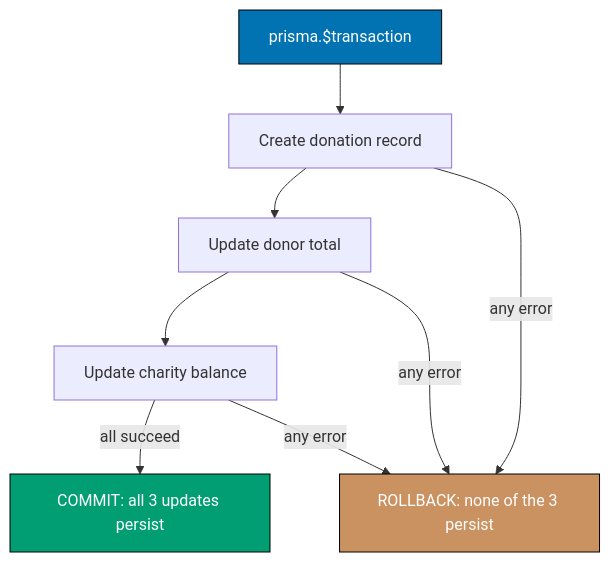
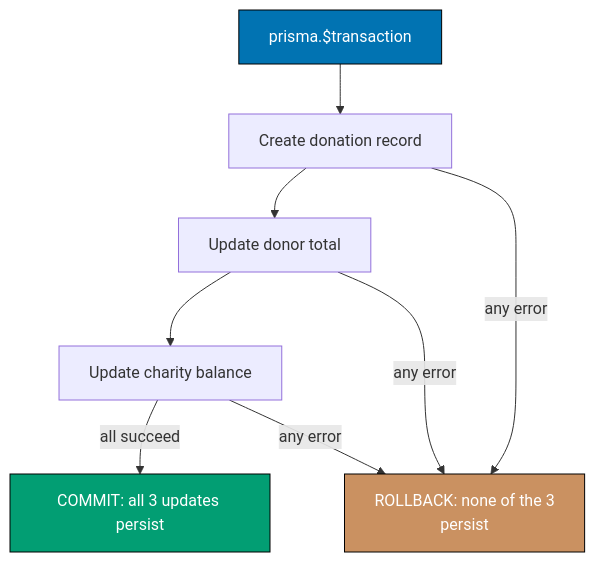
Diagram 12 of 12 in apps/ayokoding-web/content/en/learn/software-engineering/platforms/web/tools/fe-nextjs/by-example/advanced.md (wahidyankf/baseerah), drawn with Mermaid before and after one commit. The commit also changed other lines of this file and 17 other files, not shown here.

First line of the commit message:
fix(ci): scope pre-push mermaid check to governance + docs dirs

````diff
--- a/apps/ayokoding-web/content/en/learn/software-engineering/platforms/web/tools/fe-nextjs/by-example/advanced.md
+++ b/apps/ayokoding-web/content/en/learn/software-engineering/platforms/web/tools/fe-nextjs/by-example/advanced.md
@@ -2644,15 +2644,15 @@
 ```mermaid
 %% Color Palette: Blue #0173B2, Orange #DE8F05, Teal #029E73, Purple #CC78BC, Brown #CA9161
 graph TD
   A[prisma.$transaction] --> B[Create donation record]
   B --> C[Update donor total]
   C --> D[Update charity balance]
   D -->|all succeed| E[COMMIT: all 3 updates persist]
-  B -->|any error| F[ROLLBACK: none of the 3 persist]
+  B -->|any error| F[ROLLBACK: none of the 3<br/>persist]
   C -->|any error| F
   D -->|any error| F
 
   style A fill:#0173B2,stroke:#000,color:#fff
   style E fill:#029E73,stroke:#000,color:#fff
   style F fill:#CA9161,stroke:#000,color:#fff
 ```
````
